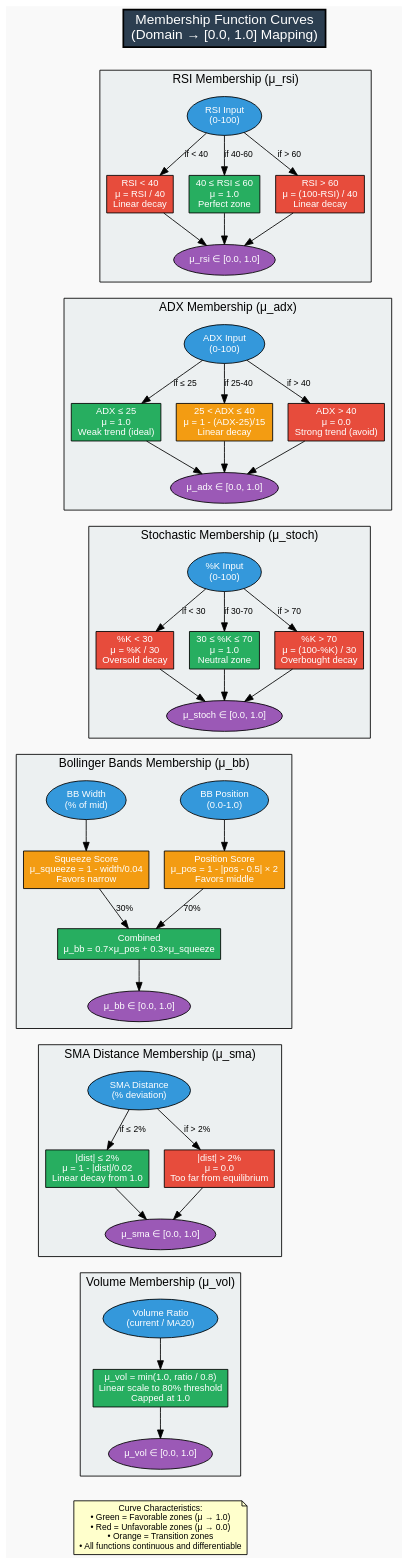
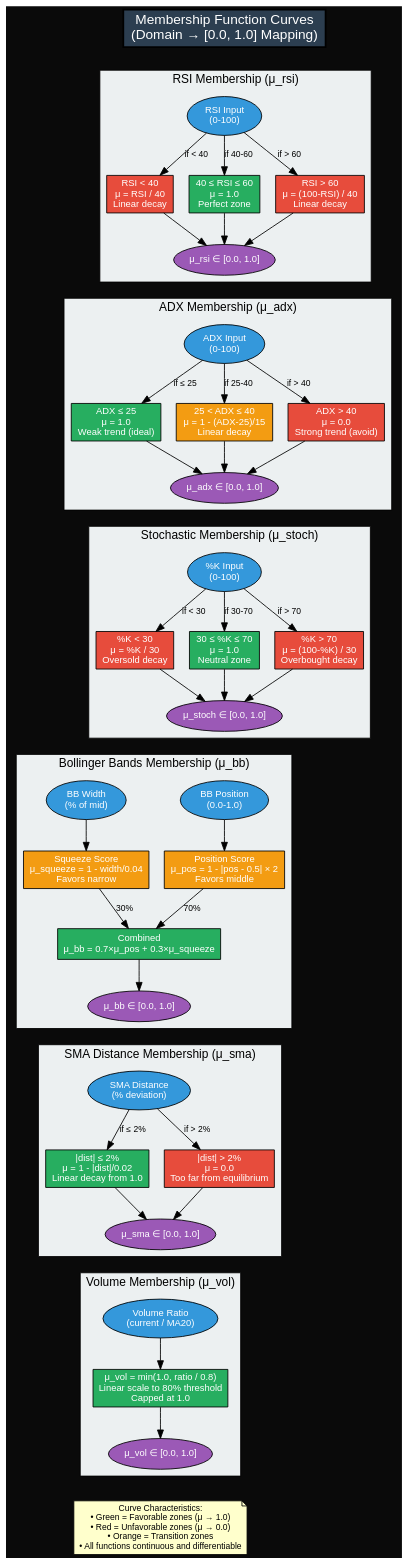
Before and after one commit to trextrader/spy-iron-condor-trading: the diagram in docs/architecture/membership_curves.dot, drawn with Graphviz. The commit also changed 36 other files, not shown here.

Commit message:
Apply Black Background to All Architecture Diagrams + Regenerate PNGs

```diff
--- a/docs/architecture/membership_curves.dot
+++ b/docs/architecture/membership_curves.dot
@@ -1,151 +1,151 @@
 digraph MembershipFunctions {
       rankdir=TB;
-      bgcolor="#f9f9f9";
+      bgcolor="#0a0a0a";
       fontname="Arial";
       fontsize=14;
 
       node [fontname="Arial", fontsize=11, style=filled];
       edge [fontname="Arial", fontsize=10];
 
       // Title
       title [label="Membership Function Curves\n(Domain → [0.0, 1.0] Mapping)",
              shape=box, fillcolor="#2c3e50", fontcolor=white, fontsize=16, style="filled,bold"];
 
       // RSI Function
       subgraph cluster_rsi {
           label="RSI Membership (μ_rsi)";
           style=filled;
           fillcolor="#ecf0f1";
 
           rsi_input [label="RSI Input\n(0-100)", shape=oval, fillcolor="#3498db", fontcolor=white];
 
           rsi_zone1 [label="RSI < 40\nμ = RSI / 40\nLinear decay", shape=box, fillcolor="#e74c3c", fontcolor=white];
           rsi_zone2 [label="40 ≤ RSI ≤ 60\nμ = 1.0\nPerfect zone", shape=box, fillcolor="#27ae60", fontcolor=white];
           rsi_zone3 [label="RSI > 60\nμ = (100-RSI) / 40\nLinear decay", shape=box, fillcolor="#e74c3c", fontcolor=white];
 
           rsi_output [label="μ_rsi ∈ [0.0, 1.0]", shape=oval, fillcolor="#9b59b6", fontcolor=white];
 
           rsi_input -> rsi_zone1 [label="if < 40"];
           rsi_input -> rsi_zone2 [label="if 40-60"];
           rsi_input -> rsi_zone3 [label="if > 60"];
           rsi_zone1 -> rsi_output;
           rsi_zone2 -> rsi_output;
           rsi_zone3 -> rsi_output;
       }
 
       // ADX Function
       subgraph cluster_adx {
           label="ADX Membership (μ_adx)";
           style=filled;
           fillcolor="#ecf0f1";
 
           adx_input [label="ADX Input\n(0-100)", shape=oval, fillcolor="#3498db", fontcolor=white];
 
           adx_zone1 [label="ADX ≤ 25\nμ = 1.0\nWeak trend (ideal)", shape=box, fillcolor="#27ae60", fontcolor=white];
           adx_zone2 [label="25 < ADX ≤ 40\nμ = 1 - (ADX-25)/15\nLinear decay", shape=box, fillcolor="#f39c12", fontcolor=white];
           adx_zone3 [label="ADX > 40\nμ = 0.0\nStrong trend (avoid)", shape=box, fillcolor="#e74c3c", fontcolor=white];
 
           adx_output [label="μ_adx ∈ [0.0, 1.0]", shape=oval, fillcolor="#9b59b6", fontcolor=white];
 
           adx_input -> adx_zone1 [label="if ≤ 25"];
           adx_input -> adx_zone2 [label="if 25-40"];
           adx_input -> adx_zone3 [label="if > 40"];
           adx_zone1 -> adx_output;
           adx_zone2 -> adx_output;
           adx_zone3 -> adx_output;
       }
 
       // Stochastic Function
       subgraph cluster_stoch {
           label="Stochastic Membership (μ_stoch)";
           style=filled;
           fillcolor="#ecf0f1";
 
           stoch_input [label="%K Input\n(0-100)", shape=oval, fillcolor="#3498db", fontcolor=white];
 
           stoch_zone1 [label="%K < 30\nμ = %K / 30\nOversold decay", shape=box, fillcolor="#e74c3c", fontcolor=white];
           stoch_zone2 [label="30 ≤ %K ≤ 70\nμ = 1.0\nNeutral zone", shape=box, fillcolor="#27ae60", fontcolor=white];
           stoch_zone3 [label="%K > 70\nμ = (100-%K) / 30\nOverbought decay", shape=box, fillcolor="#e74c3c", fontcolor=white];
 
           stoch_output [label="μ_stoch ∈ [0.0, 1.0]", shape=oval, fillcolor="#9b59b6", fontcolor=white];
 
           stoch_input -> stoch_zone1 [label="if < 30"];
           stoch_input -> stoch_zone2 [label="if 30-70"];
           stoch_input -> stoch_zone3 [label="if > 70"];
           stoch_zone1 -> stoch_output;
           stoch_zone2 -> stoch_output;
           stoch_zone3 -> stoch_output;
       }
 
       // Bollinger Bands Function
       subgraph cluster_bb {
           label="Bollinger Bands Membership (μ_bb)";
           style=filled;
           fillcolor="#ecf0f1";
 
           bb_pos_input [label="BB Position\n(0.0-1.0)", shape=oval, fillcolor="#3498db", fontcolor=white];
           bb_width_input [label="BB Width\n(% of mid)", shape=oval, fillcolor="#3498db", fontcolor=white];
 
           bb_pos_score [label="Position Score\nμ_pos = 1 - |pos - 0.5| × 2\nFavors middle", shape=box, fillcolor="#f39c12", fontcolor=white];
           bb_squeeze_score [label="Squeeze Score\nμ_squeeze = 1 - width/0.04\nFavors narrow", shape=box, fillcolor="#f39c12", fontcolor=white];
 
           bb_combine [label="Combined\nμ_bb = 0.7×μ_pos + 0.3×μ_squeeze", shape=box, fillcolor="#27ae60", fontcolor=white];
 
           bb_output [label="μ_bb ∈ [0.0, 1.0]", shape=oval, fillcolor="#9b59b6", fontcolor=white];
 
           bb_pos_input -> bb_pos_score;
           bb_width_input -> bb_squeeze_score;
           bb_pos_score -> bb_combine [label="70%"];
           bb_squeeze_score -> bb_combine [label="30%"];
           bb_combine -> bb_output;
       }
 
       // SMA Distance Function
       subgraph cluster_sma {
           label="SMA Distance Membership (μ_sma)";
           style=filled;
           fillcolor="#ecf0f1";
 
           sma_input [label="SMA Distance\n(% deviation)", shape=oval, fillcolor="#3498db", fontcolor=white];
 
           sma_zone1 [label="|dist| ≤ 2%\nμ = 1 - |dist|/0.02\nLinear decay from 1.0", shape=box, fillcolor="#27ae60", fontcolor=white];
           sma_zone2 [label="|dist| > 2%\nμ = 0.0\nToo far from equilibrium", shape=box, fillcolor="#e74c3c", fontcolor=white];
 
           sma_output [label="μ_sma ∈ [0.0, 1.0]", shape=oval, fillcolor="#9b59b6", fontcolor=white];
 
           sma_input -> sma_zone1 [label="if ≤ 2%"];
           sma_input -> sma_zone2 [label="if > 2%"];
           sma_zone1 -> sma_output;
           sma_zone2 -> sma_output;
       }
 
       // Volume Function
       subgraph cluster_vol {
           label="Volume Membership (μ_vol)";
           style=filled;
           fillcolor="#ecf0f1";
 
           vol_input [label="Volume Ratio\n(current / MA20)", shape=oval, fillcolor="#3498db", fontcolor=white];
 
           vol_calc [label="μ_vol = min(1.0, ratio / 0.8)\nLinear scale to 80% threshold\nCapped at 1.0", shape=box, fillcolor="#27ae60", fontcolor=white];
 
           vol_output [label="μ_vol ∈ [0.0, 1.0]", shape=oval, fillcolor="#9b59b6", fontcolor=white];
 
           vol_input -> vol_calc;
           vol_calc -> vol_output;
       }
 
       // Layout connections
       title -> rsi_input [style=invis];
       rsi_output -> adx_input [style=invis];
       adx_output -> stoch_input [style=invis];
       stoch_output -> bb_pos_input [style=invis];
       bb_output -> sma_input [style=invis];
       sma_output -> vol_input [style=invis];
 
       // Legend
       legend [label="Curve Characteristics:\n• Green = Favorable zones (μ → 1.0)\n• Red = Unfavorable zones (μ → 0.0)\n• Orange = Transition zones\n• All functions continuous and differentiable",
               shape=note, fillcolor="#ffffcc", fontsize=10];
 
       vol_output -> legend [style=invis];
   }
```
